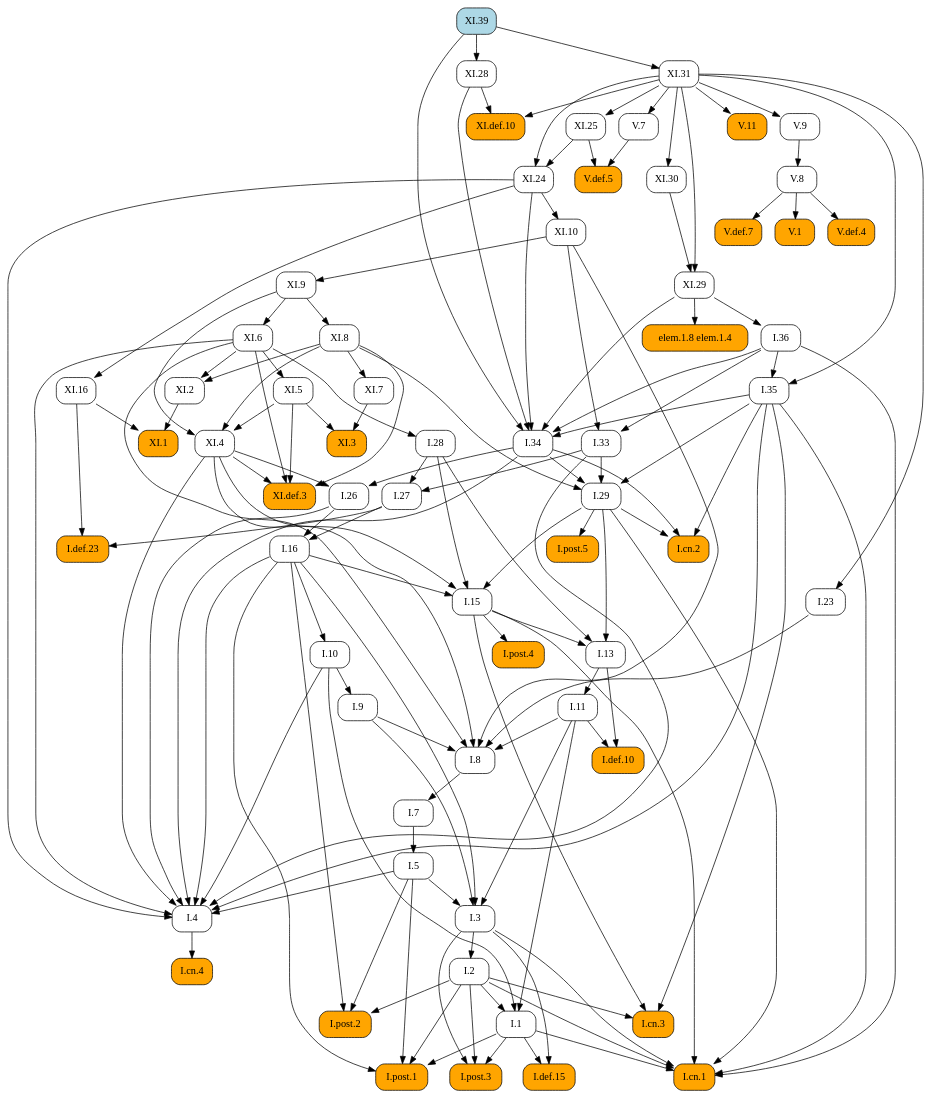
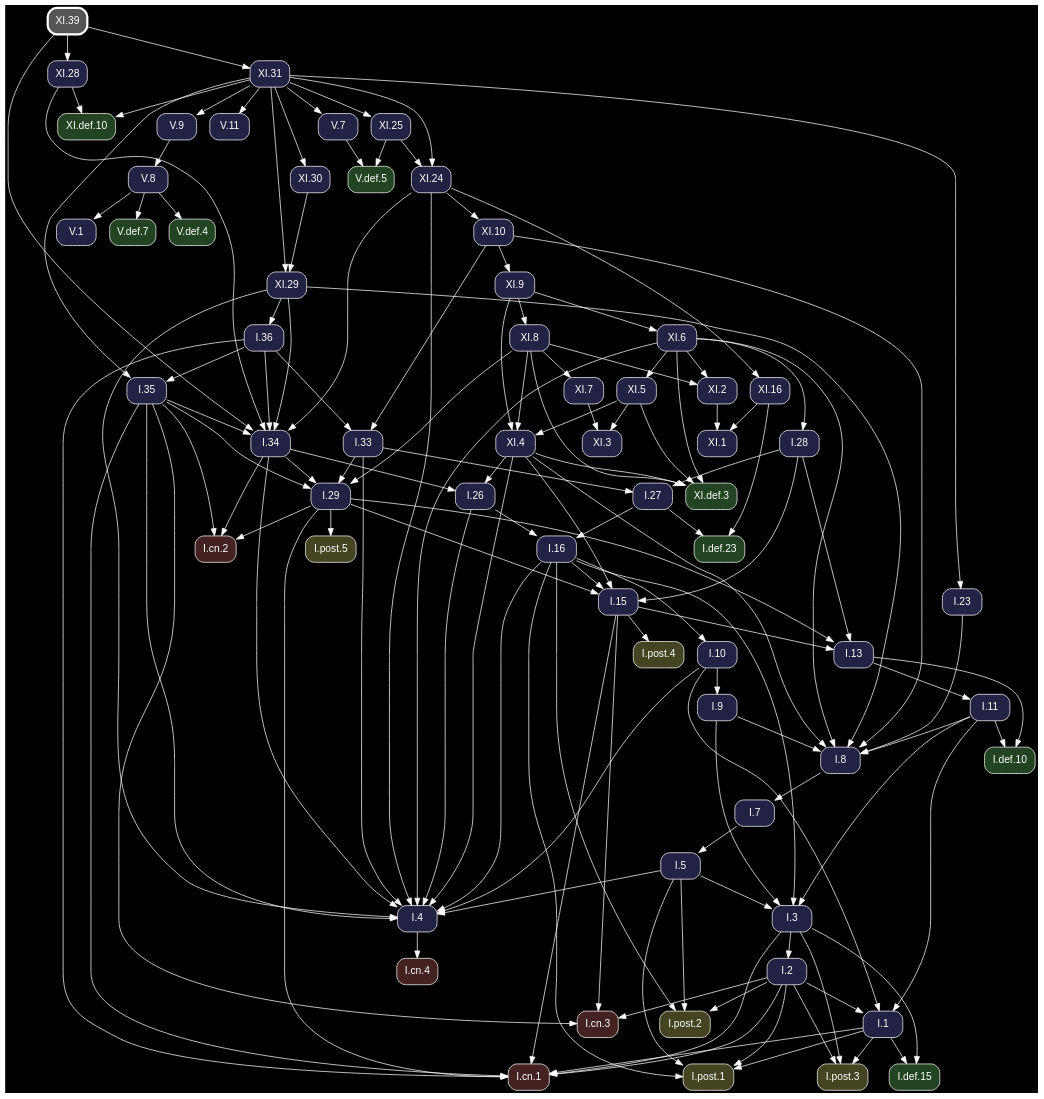
The diagram in docsrc/heath/XI/39/index.rst (geometor/elements), drawn with Graphviz before and after one commit. The commit also changed other lines of this file and 1200 other files, not shown here.

Commit message:
update dependency graphs

```diff
--- a/docsrc/heath/XI/39/index.rst
+++ b/docsrc/heath/XI/39/index.rst
@@ -35,126 +35,80 @@
 .. graphviz::
 
    digraph {
+     bgcolor="black";
+     node [shape=box, style="rounded,filled", fontname="Helvetica", color="white", fontcolor="white"];
+     edge [color="white", fontcolor="white"];
      rankdir="TB";
-     node [shape=box, style=rounded];
-     "I.23" [URL="/heath/I/23/", target="_top"];
-     "I.9" [URL="/heath/I/9/", target="_top"];
-     "I.33" [URL="/heath/I/33/", target="_top"];
-     "XI.4" [URL="/heath/XI/4/", target="_top"];
-     "I.def.15" [style="rounded,filled", fillcolor=orange, URL="/heath/I/def.15/", target="_top"];
-     "XI.8" [URL="/heath/XI/8/", target="_top"];
-     "XI.24" [URL="/heath/XI/24/", target="_top"];
-     "V.7" [URL="/heath/V/7/", target="_top"];
-     "XI.6" [URL="/heath/XI/6/", target="_top"];
-     "I.post.3" [style="rounded,filled", fillcolor=orange, URL="/heath/I/post.3/", target="_top"];
-     "I.post.1" [style="rounded,filled", fillcolor=orange, URL="/heath/I/post.1/", target="_top"];
-     "V.def.5" [style="rounded,filled", fillcolor=orange, URL="/heath/V/def.5/", target="_top"];
-     "XI.3" [style="rounded,filled", fillcolor=orange, URL="/heath/XI/3/", target="_top"];
-     "V.9" [URL="/heath/V/9/", target="_top"];
-     "XI.def.10" [style="rounded,filled", fillcolor=orange, URL="/heath/XI/def.10/", target="_top"];
-     "I.def.10" [style="rounded,filled", fillcolor=orange, URL="/heath/I/def.10/", target="_top"];
-     "XI.def.3" [style="rounded,filled", fillcolor=orange, URL="/heath/XI/def.3/", target="_top"];
-     "XI.10" [URL="/heath/XI/10/", target="_top"];
-     "elem.1.8 elem.1.4" [style="rounded,filled", fillcolor=orange];
-     "I.27" [URL="/heath/I/27/", target="_top"];
-     "V.11" [style="rounded,filled", fillcolor=orange, URL="/heath/V/11/", target="_top"];
-     "I.34" [URL="/heath/I/34/", target="_top"];
-     "XI.2" [URL="/heath/XI/2/", target="_top"];
-     "I.3" [URL="/heath/I/3/", target="_top"];
-     "V.def.4" [style="rounded,filled", fillcolor=orange, URL="/heath/V/def.4/", target="_top"];
-     "XI.7" [URL="/heath/XI/7/", target="_top"];
-     "I.35" [URL="/heath/I/35/", target="_top"];
-     "I.cn.1" [style="rounded,filled", fillcolor=orange, URL="/heath/I/cn.1/", target="_top"];
-     "XI.39" [style="rounded,filled", fillcolor=lightblue, URL="/heath/XI/39/", target="_top"];
-     "I.7" [URL="/heath/I/7/", target="_top"];
-     "V.def.7" [style="rounded,filled", fillcolor=orange, URL="/heath/V/def.7/", target="_top"];
-     "I.2" [URL="/heath/I/2/", target="_top"];
-     "I.36" [URL="/heath/I/36/", target="_top"];
-     "I.13" [URL="/heath/I/13/", target="_top"];
-     "I.post.4" [style="rounded,filled", fillcolor=orange, URL="/heath/I/post.4/", target="_top"];
-     "I.4" [URL="/heath/I/4/", target="_top"];
-     "I.1" [URL="/heath/I/1/", target="_top"];
-     "XI.16" [URL="/heath/XI/16/", target="_top"];
-     "I.5" [URL="/heath/I/5/", target="_top"];
-     "I.8" [URL="/heath/I/8/", target="_top"];
-     "I.29" [URL="/heath/I/29/", target="_top"];
-     "I.cn.3" [style="rounded,filled", fillcolor=orange, URL="/heath/I/cn.3/", target="_top"];
-     "XI.31" [URL="/heath/XI/31/", target="_top"];
-     "I.16" [URL="/heath/I/16/", target="_top"];
-     "V.8" [URL="/heath/V/8/", target="_top"];
-     "XI.5" [URL="/heath/XI/5/", target="_top"];
-     "I.15" [URL="/heath/I/15/", target="_top"];
-     "XI.29" [URL="/heath/XI/29/", target="_top"];
-     "I.10" [URL="/heath/I/10/", target="_top"];
-     "I.11" [URL="/heath/I/11/", target="_top"];
-     "V.1" [style="rounded,filled", fillcolor=orange, URL="/heath/V/1/", target="_top"];
-     "I.def.23" [style="rounded,filled", fillcolor=orange, URL="/heath/I/def.23/", target="_top"];
-     "XI.9" [URL="/heath/XI/9/", target="_top"];
-     "I.cn.2" [style="rounded,filled", fillcolor=orange, URL="/heath/I/cn.2/", target="_top"];
-     "I.post.5" [style="rounded,filled", fillcolor=orange, URL="/heath/I/post.5/", target="_top"];
-     "XI.28" [URL="/heath/XI/28/", target="_top"];
-     "I.cn.4" [style="rounded,filled", fillcolor=orange, URL="/heath/I/cn.4/", target="_top"];
-     "XI.1" [style="rounded,filled", fillcolor=orange, URL="/heath/XI/1/", target="_top"];
-     "I.post.2" [style="rounded,filled", fillcolor=orange, URL="/heath/I/post.2/", target="_top"];
-     "I.28" [URL="/heath/I/28/", target="_top"];
-     "I.26" [URL="/heath/I/26/", target="_top"];
-     "XI.30" [URL="/heath/XI/30/", target="_top"];
-     "XI.25" [URL="/heath/XI/25/", target="_top"];
-     "XI.31" -> "I.23";
-     "I.10" -> "I.9";
-     "I.36" -> "I.33";
-     "XI.10" -> "I.33";
-     "XI.5" -> "XI.4";
-     "XI.8" -> "XI.4";
-     "XI.9" -> "XI.4";
-     "I.1" -> "I.def.15";
-     "I.3" -> "I.def.15";
-     "XI.9" -> "XI.8";
-     "XI.25" -> "XI.24";
-     "XI.31" -> "XI.24";
-     "XI.31" -> "V.7";
-     "XI.9" -> "XI.6";
-     "I.1" -> "I.post.3";
-     "I.2" -> "I.post.3";
-     "I.3" -> "I.post.3";
-     "I.1" -> "I.post.1";
-     "I.2" -> "I.post.1";
-     "I.5" -> "I.post.1";
-     "I.16" -> "I.post.1";
+     "V.def.5" [fillcolor="#224422", URL="/heath/V/def.5/", target="_top"];
+     "XI.7" [fillcolor="#222244", URL="/heath/XI/7/", target="_top"];
+     "XI.8" [fillcolor="#222244", URL="/heath/XI/8/", target="_top"];
+     "I.3" [fillcolor="#222244", URL="/heath/I/3/", target="_top"];
+     "I.cn.1" [fillcolor="#442222", URL="/heath/I/cn.1/", target="_top"];
+     "XI.def.3" [fillcolor="#224422", URL="/heath/XI/def.3/", target="_top"];
+     "I.def.10" [fillcolor="#224422", URL="/heath/I/def.10/", target="_top"];
+     "I.15" [fillcolor="#222244", URL="/heath/I/15/", target="_top"];
+     "XI.5" [fillcolor="#222244", URL="/heath/XI/5/", target="_top"];
+     "XI.def.10" [fillcolor="#224422", URL="/heath/XI/def.10/", target="_top"];
+     "I.13" [fillcolor="#222244", URL="/heath/I/13/", target="_top"];
+     "I.27" [fillcolor="#222244", URL="/heath/I/27/", target="_top"];
+     "I.28" [fillcolor="#222244", URL="/heath/I/28/", target="_top"];
+     "I.2" [fillcolor="#222244", URL="/heath/I/2/", target="_top"];
+     "XI.3" [fillcolor="#222244", URL="/heath/XI/3/", target="_top"];
+     "I.cn.2" [fillcolor="#442222", URL="/heath/I/cn.2/", target="_top"];
+     "XI.1" [fillcolor="#222244", URL="/heath/XI/1/", target="_top"];
+     "I.9" [fillcolor="#222244", URL="/heath/I/9/", target="_top"];
+     "I.1" [fillcolor="#222244", URL="/heath/I/1/", target="_top"];
+     "I.post.5" [fillcolor="#444422", URL="/heath/I/post.5/", target="_top"];
+     "I.post.4" [fillcolor="#444422", URL="/heath/I/post.4/", target="_top"];
+     "I.23" [fillcolor="#222244", URL="/heath/I/23/", target="_top"];
+     "I.26" [fillcolor="#222244", URL="/heath/I/26/", target="_top"];
+     "I.8" [fillcolor="#222244", URL="/heath/I/8/", target="_top"];
+     "I.4" [fillcolor="#222244", URL="/heath/I/4/", target="_top"];
+     "XI.24" [fillcolor="#222244", URL="/heath/XI/24/", target="_top"];
+     "I.7" [fillcolor="#222244", URL="/heath/I/7/", target="_top"];
+     "V.7" [fillcolor="#222244", URL="/heath/V/7/", target="_top"];
+     "I.5" [fillcolor="#222244", URL="/heath/I/5/", target="_top"];
+     "XI.16" [fillcolor="#222244", URL="/heath/XI/16/", target="_top"];
+     "V.9" [fillcolor="#222244", URL="/heath/V/9/", target="_top"];
+     "I.10" [fillcolor="#222244", URL="/heath/I/10/", target="_top"];
+     "XI.30" [fillcolor="#222244", URL="/heath/XI/30/", target="_top"];
+     "V.11" [fillcolor="#222244", URL="/heath/V/11/", target="_top"];
+     "V.def.7" [fillcolor="#224422", URL="/heath/V/def.7/", target="_top"];
+     "XI.28" [fillcolor="#222244", URL="/heath/XI/28/", target="_top"];
+     "I.post.1" [fillcolor="#444422", URL="/heath/I/post.1/", target="_top"];
+     "XI.25" [fillcolor="#222244", URL="/heath/XI/25/", target="_top"];
+     "V.def.4" [fillcolor="#224422", URL="/heath/V/def.4/", target="_top"];
+     "XI.29" [fillcolor="#222244", URL="/heath/XI/29/", target="_top"];
+     "I.11" [fillcolor="#222244", URL="/heath/I/11/", target="_top"];
+     "I.16" [fillcolor="#222244", URL="/heath/I/16/", target="_top"];
+     "I.cn.3" [fillcolor="#442222", URL="/heath/I/cn.3/", target="_top"];
+     "I.36" [fillcolor="#222244", URL="/heath/I/36/", target="_top"];
+     "I.29" [fillcolor="#222244", URL="/heath/I/29/", target="_top"];
+     "I.post.2" [fillcolor="#444422", URL="/heath/I/post.2/", target="_top"];
+     "XI.9" [fillcolor="#222244", URL="/heath/XI/9/", target="_top"];
+     "I.cn.4" [fillcolor="#442222", URL="/heath/I/cn.4/", target="_top"];
+     "I.def.23" [fillcolor="#224422", URL="/heath/I/def.23/", target="_top"];
+     "I.35" [fillcolor="#222244", URL="/heath/I/35/", target="_top"];
+     "V.1" [fillcolor="#222244", URL="/heath/V/1/", target="_top"];
+     "I.post.3" [fillcolor="#444422", URL="/heath/I/post.3/", target="_top"];
+     "V.8" [fillcolor="#222244", URL="/heath/V/8/", target="_top"];
+     "I.33" [fillcolor="#222244", URL="/heath/I/33/", target="_top"];
+     "XI.39" [penwidth=3, color="white", fillcolor="#555555", URL="/heath/XI/39/", target="_top"];
+     "XI.31" [fillcolor="#222244", URL="/heath/XI/31/", target="_top"];
+     "I.34" [fillcolor="#222244", URL="/heath/I/34/", target="_top"];
+     "XI.10" [fillcolor="#222244", URL="/heath/XI/10/", target="_top"];
+     "I.def.15" [fillcolor="#224422", URL="/heath/I/def.15/", target="_top"];
+     "XI.4" [fillcolor="#222244", URL="/heath/XI/4/", target="_top"];
+     "XI.2" [fillcolor="#222244", URL="/heath/XI/2/", target="_top"];
+     "XI.6" [fillcolor="#222244", URL="/heath/XI/6/", target="_top"];
      "V.7" -> "V.def.5";
      "XI.25" -> "V.def.5";
-     "XI.5" -> "XI.3";
-     "XI.7" -> "XI.3";
-     "XI.31" -> "V.9";
-     "XI.28" -> "XI.def.10";
-     "XI.31" -> "XI.def.10";
-     "I.11" -> "I.def.10";
-     "I.13" -> "I.def.10";
-     "XI.4" -> "XI.def.3";
-     "XI.5" -> "XI.def.3";
-     "XI.6" -> "XI.def.3";
-     "XI.8" -> "XI.def.3";
-     "XI.24" -> "XI.10";
-     "XI.29" -> "elem.1.8 elem.1.4";
-     "I.28" -> "I.27";
-     "I.33" -> "I.27";
-     "XI.31" -> "V.11";
-     "I.35" -> "I.34";
-     "I.36" -> "I.34";
-     "XI.24" -> "I.34";
-     "XI.28" -> "I.34";
-     "XI.29" -> "I.34";
-     "XI.39" -> "I.34";
-     "XI.6" -> "XI.2";
-     "XI.8" -> "XI.2";
+     "XI.8" -> "XI.7";
+     "XI.9" -> "XI.8";
      "I.5" -> "I.3";
      "I.9" -> "I.3";
      "I.11" -> "I.3";
      "I.16" -> "I.3";
-     "V.8" -> "V.def.4";
-     "XI.8" -> "XI.7";
-     "I.36" -> "I.35";
-     "XI.31" -> "I.35";
      "I.1" -> "I.cn.1";
      "I.2" -> "I.cn.1";
      "I.3" -> "I.cn.1";
@@ -162,14 +116,49 @@
      "I.29" -> "I.cn.1";
      "I.35" -> "I.cn.1";
      "I.36" -> "I.cn.1";
-     "I.8" -> "I.7";
-     "V.8" -> "V.def.7";
-     "I.3" -> "I.2";
-     "XI.29" -> "I.36";
+     "XI.4" -> "XI.def.3";
+     "XI.5" -> "XI.def.3";
+     "XI.6" -> "XI.def.3";
+     "XI.8" -> "XI.def.3";
+     "I.11" -> "I.def.10";
+     "I.13" -> "I.def.10";
+     "I.16" -> "I.15";
+     "I.28" -> "I.15";
+     "I.29" -> "I.15";
+     "XI.4" -> "I.15";
+     "XI.6" -> "XI.5";
+     "XI.28" -> "XI.def.10";
+     "XI.31" -> "XI.def.10";
      "I.15" -> "I.13";
      "I.28" -> "I.13";
      "I.29" -> "I.13";
+     "I.28" -> "I.27";
+     "I.33" -> "I.27";
+     "XI.6" -> "I.28";
+     "I.3" -> "I.2";
+     "XI.5" -> "XI.3";
+     "XI.7" -> "XI.3";
+     "I.29" -> "I.cn.2";
+     "I.34" -> "I.cn.2";
+     "I.35" -> "I.cn.2";
+     "XI.2" -> "XI.1";
+     "XI.16" -> "XI.1";
+     "I.10" -> "I.9";
+     "I.2" -> "I.1";
+     "I.10" -> "I.1";
+     "I.11" -> "I.1";
+     "I.29" -> "I.post.5";
      "I.15" -> "I.post.4";
+     "XI.31" -> "I.23";
+     "I.34" -> "I.26";
+     "XI.4" -> "I.26";
+     "I.9" -> "I.8";
+     "I.11" -> "I.8";
+     "I.23" -> "I.8";
+     "XI.4" -> "I.8";
+     "XI.6" -> "I.8";
+     "XI.10" -> "I.8";
+     "XI.29" -> "I.8";
      "I.5" -> "I.4";
      "I.10" -> "I.4";
      "I.16" -> "I.4";
@@ -180,55 +169,68 @@
      "XI.4" -> "I.4";
      "XI.6" -> "I.4";
      "XI.24" -> "I.4";
-     "I.2" -> "I.1";
-     "I.10" -> "I.1";
-     "I.11" -> "I.1";
+     "XI.29" -> "I.4";
+     "XI.25" -> "XI.24";
+     "XI.31" -> "XI.24";
+     "I.8" -> "I.7";
+     "XI.31" -> "V.7";
+     "I.7" -> "I.5";
      "XI.24" -> "XI.16";
-     "I.7" -> "I.5";
-     "I.9" -> "I.8";
-     "I.11" -> "I.8";
-     "I.23" -> "I.8";
-     "XI.4" -> "I.8";
-     "XI.6" -> "I.8";
-     "XI.10" -> "I.8";
+     "XI.31" -> "V.9";
+     "I.16" -> "I.10";
+     "XI.31" -> "XI.30";
+     "XI.31" -> "V.11";
+     "V.8" -> "V.def.7";
+     "XI.39" -> "XI.28";
+     "I.1" -> "I.post.1";
+     "I.2" -> "I.post.1";
+     "I.5" -> "I.post.1";
+     "I.16" -> "I.post.1";
+     "XI.31" -> "XI.25";
+     "V.8" -> "V.def.4";
+     "XI.30" -> "XI.29";
+     "XI.31" -> "XI.29";
+     "I.13" -> "I.11";
+     "I.26" -> "I.16";
+     "I.27" -> "I.16";
+     "I.2" -> "I.cn.3";
+     "I.15" -> "I.cn.3";
+     "I.35" -> "I.cn.3";
+     "XI.29" -> "I.36";
      "I.33" -> "I.29";
      "I.34" -> "I.29";
      "I.35" -> "I.29";
      "XI.8" -> "I.29";
-     "I.2" -> "I.cn.3";
-     "I.15" -> "I.cn.3";
-     "I.35" -> "I.cn.3";
-     "XI.39" -> "XI.31";
-     "I.26" -> "I.16";
-     "I.27" -> "I.16";
-     "V.9" -> "V.8";
-     "XI.6" -> "XI.5";
-     "I.16" -> "I.15";
-     "I.28" -> "I.15";
-     "I.29" -> "I.15";
-     "XI.4" -> "I.15";
-     "XI.30" -> "XI.29";
-     "XI.31" -> "XI.29";
-     "I.16" -> "I.10";
-     "I.13" -> "I.11";
-     "V.8" -> "V.1";
-     "I.27" -> "I.def.23";
-     "XI.16" -> "I.def.23";
-     "XI.10" -> "XI.9";
-     "I.29" -> "I.cn.2";
-     "I.34" -> "I.cn.2";
-     "I.35" -> "I.cn.2";
-     "I.29" -> "I.post.5";
-     "XI.39" -> "XI.28";
-     "I.4" -> "I.cn.4";
-     "XI.2" -> "XI.1";
-     "XI.16" -> "XI.1";
      "I.2" -> "I.post.2";
      "I.5" -> "I.post.2";
      "I.16" -> "I.post.2";
-     "XI.6" -> "I.28";
-     "I.34" -> "I.26";
-     "XI.4" -> "I.26";
-     "XI.31" -> "XI.30";
-     "XI.31" -> "XI.25";
+     "XI.10" -> "XI.9";
+     "I.4" -> "I.cn.4";
+     "I.27" -> "I.def.23";
+     "XI.16" -> "I.def.23";
+     "I.36" -> "I.35";
+     "XI.31" -> "I.35";
+     "V.8" -> "V.1";
+     "I.1" -> "I.post.3";
+     "I.2" -> "I.post.3";
+     "I.3" -> "I.post.3";
+     "V.9" -> "V.8";
+     "I.36" -> "I.33";
+     "XI.10" -> "I.33";
+     "XI.39" -> "XI.31";
+     "I.35" -> "I.34";
+     "I.36" -> "I.34";
+     "XI.24" -> "I.34";
+     "XI.28" -> "I.34";
+     "XI.29" -> "I.34";
+     "XI.39" -> "I.34";
+     "XI.24" -> "XI.10";
+     "I.1" -> "I.def.15";
+     "I.3" -> "I.def.15";
+     "XI.5" -> "XI.4";
+     "XI.8" -> "XI.4";
+     "XI.9" -> "XI.4";
+     "XI.6" -> "XI.2";
+     "XI.8" -> "XI.2";
+     "XI.9" -> "XI.6";
    }
```
